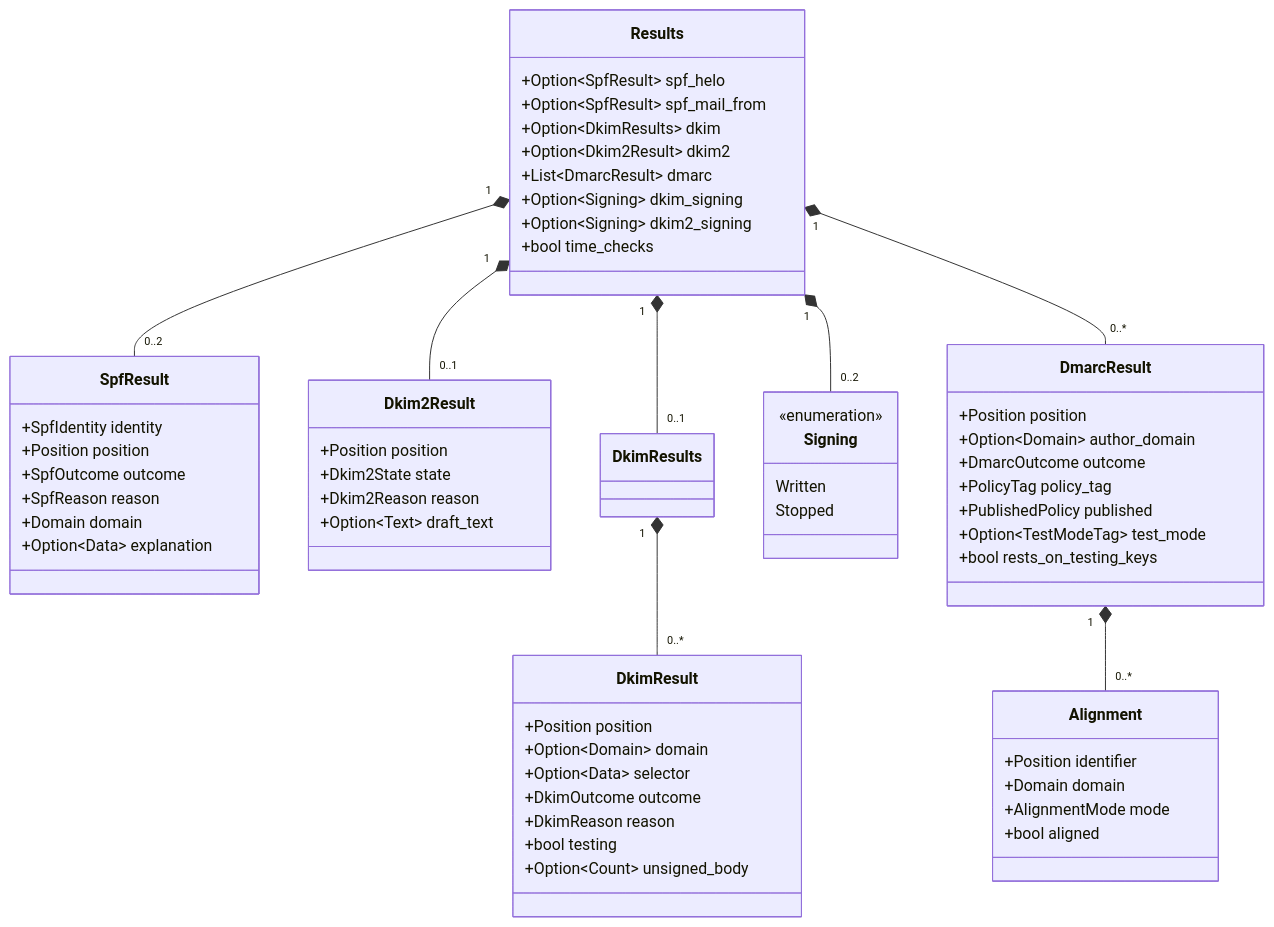
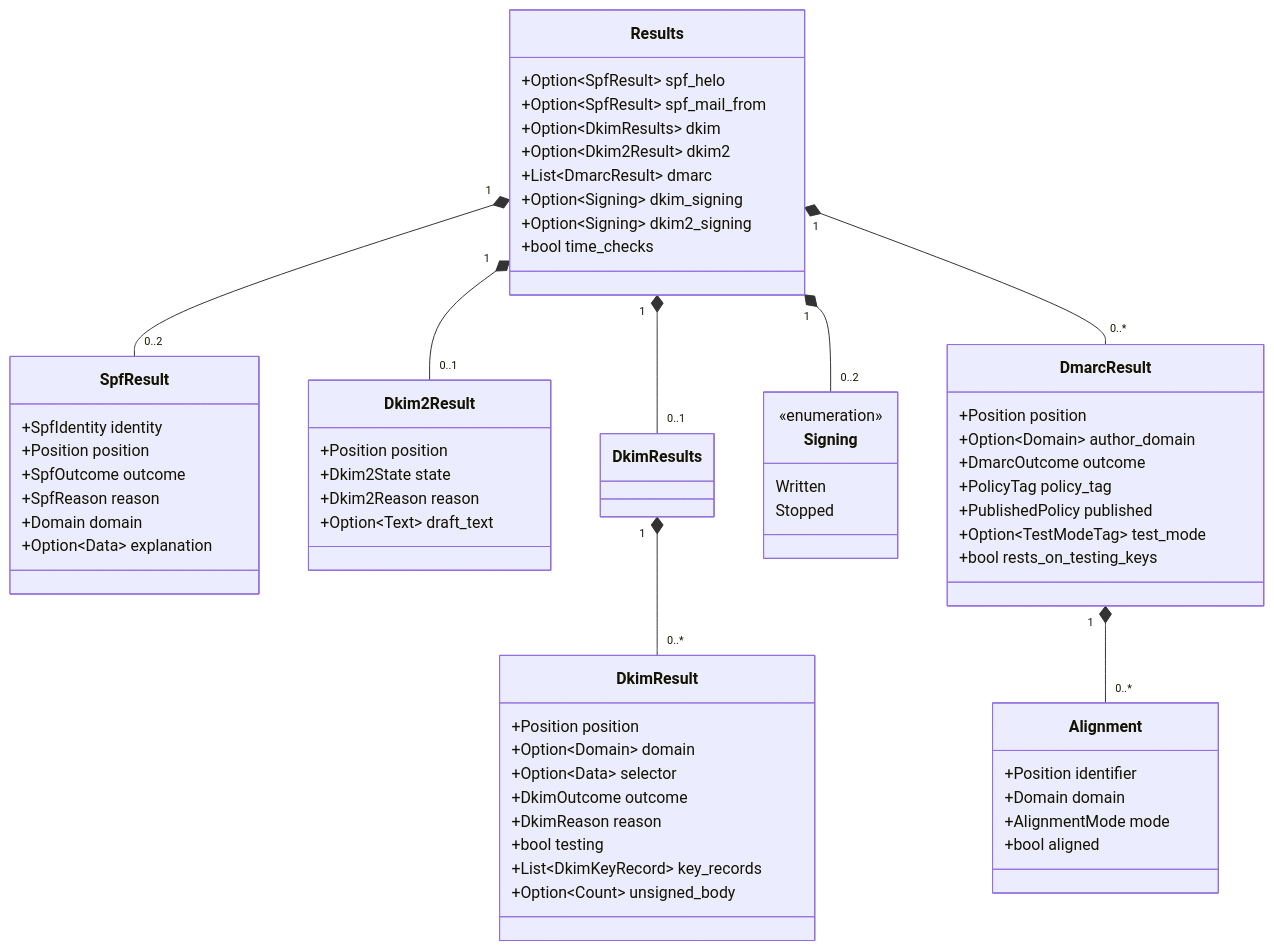
The fifth of 6 diagrams in docs/reference/design/domain-model.md (photom/hallmark), drawn with Mermaid before and after one commit.

Commit message:
Design and scenarios: key_records in the domain model, and sign_now
The domain model's DkimResult shows key_records. API-410 and API-411
call sign_now and link to it, and VAL-412 links to Signer::sign, which
is now the only sign of MemorySigner.

````diff
--- a/docs/reference/design/domain-model.md
+++ b/docs/reference/design/domain-model.md
@@ -251,63 +251,64 @@
 ```mermaid
 classDiagram
     class Results {
         +Option~SpfResult~ spf_helo
         +Option~SpfResult~ spf_mail_from
         +Option~DkimResults~ dkim
         +Option~Dkim2Result~ dkim2
         +List~DmarcResult~ dmarc
         +Option~Signing~ dkim_signing
         +Option~Signing~ dkim2_signing
         +bool time_checks
     }
     class SpfResult {
         +SpfIdentity identity
         +Position position
         +SpfOutcome outcome
         +SpfReason reason
         +Domain domain
         +Option~Data~ explanation
     }
     class DkimResult {
         +Position position
         +Option~Domain~ domain
         +Option~Data~ selector
         +DkimOutcome outcome
         +DkimReason reason
         +bool testing
+        +List~DkimKeyRecord~ key_records
         +Option~Count~ unsigned_body
     }
     class Dkim2Result {
         +Position position
         +Dkim2State state
         +Dkim2Reason reason
         +Option~Text~ draft_text
     }
     class DmarcResult {
         +Position position
         +Option~Domain~ author_domain
         +DmarcOutcome outcome
         +PolicyTag policy_tag
         +PublishedPolicy published
         +Option~TestModeTag~ test_mode
         +bool rests_on_testing_keys
     }
     class Alignment {
         +Position identifier
         +Domain domain
         +AlignmentMode mode
         +bool aligned
     }
     class Signing {
         <<enumeration>>
         Written
         Stopped
     }
     Results "1" *-- "0..2" SpfResult
     Results "1" *-- "0..1" DkimResults
     DkimResults "1" *-- "0..*" DkimResult
     Results "1" *-- "0..1" Dkim2Result
     Results "1" *-- "0..*" DmarcResult
     DmarcResult "1" *-- "0..*" Alignment
     Results "1" *-- "0..2" Signing
 ```
````
